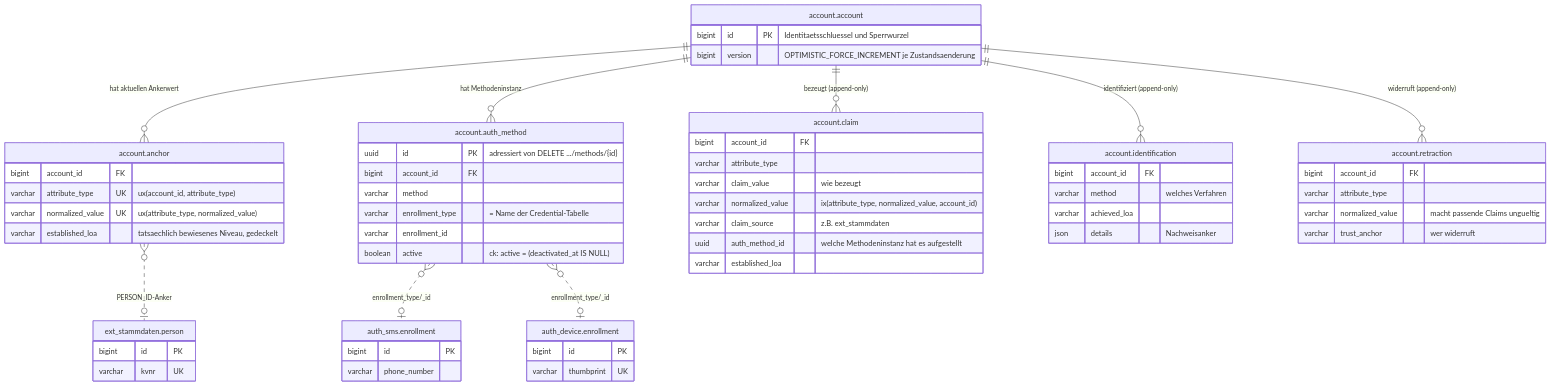
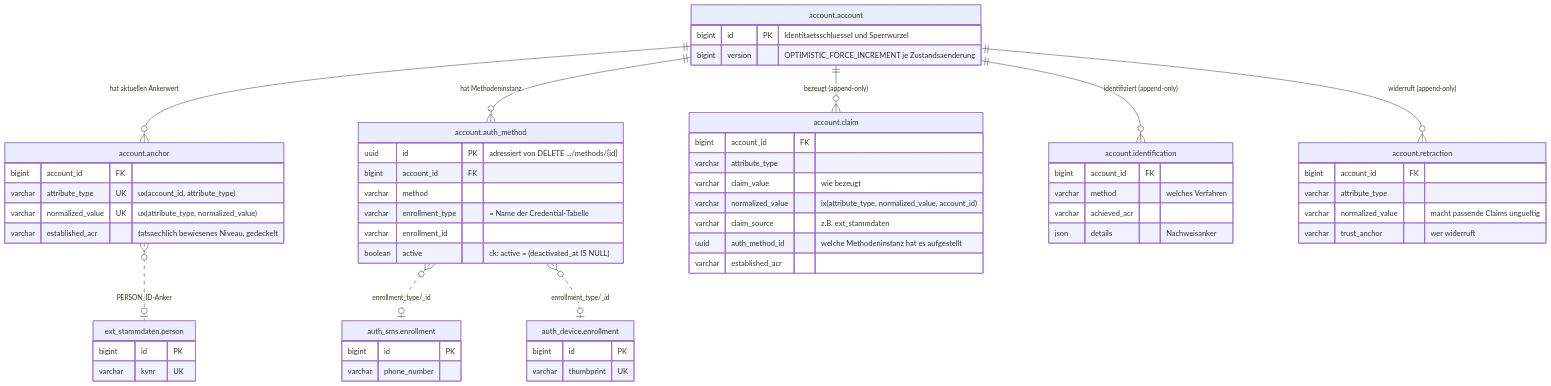
The fourth of 5 diagrams in docs/02-domaenenmodell.md (rpreissel/DPoP-demo), drawn with Mermaid before and after one commit. The commit also changed other lines of this file and 19 other files, not shown here.

````diff
--- a/docs/02-domaenenmodell.md
+++ b/docs/02-domaenenmodell.md
@@ -168,63 +168,63 @@
 ```mermaid
 erDiagram
   account.account ||--o{ account.anchor : "hat aktuellen Ankerwert"
   account.account ||--o{ account.auth_method : "hat Methodeninstanz"
   account.account ||--o{ account.claim : "bezeugt (append-only)"
   account.account ||--o{ account.identification : "identifiziert (append-only)"
   account.account ||--o{ account.retraction : "widerruft (append-only)"
   account.auth_method }o..o| auth_sms.enrollment : "enrollment_type/_id"
   account.auth_method }o..o| auth_device.enrollment : "enrollment_type/_id"
   account.anchor }o..o| ext_stammdaten.person : "PERSON_ID-Anker"
 
   account.account {
     bigint id PK "Identitaetsschluessel und Sperrwurzel"
     bigint version "OPTIMISTIC_FORCE_INCREMENT je Zustandsaenderung"
   }
   account.anchor {
     bigint account_id FK
     varchar attribute_type UK "ux(account_id, attribute_type)"
     varchar normalized_value UK "ux(attribute_type, normalized_value)"
-    varchar established_loa "tatsaechlich bewiesenes Niveau, gedeckelt"
+    varchar established_acr "tatsaechlich bewiesenes Niveau, gedeckelt"
   }
   account.auth_method {
     uuid id PK "adressiert von DELETE .../methods/{id}"
     bigint account_id FK
     varchar method
     varchar enrollment_type "= Name der Credential-Tabelle"
     varchar enrollment_id
     boolean active "ck: active = (deactivated_at IS NULL)"
   }
   account.claim {
     bigint account_id FK
     varchar attribute_type
     varchar claim_value "wie bezeugt"
     varchar normalized_value "ix(attribute_type, normalized_value, account_id)"
     varchar claim_source "z.B. ext_stammdaten"
     uuid auth_method_id "welche Methodeninstanz hat es aufgestellt"
-    varchar established_loa
+    varchar established_acr
   }
   account.retraction {
     bigint account_id FK
     varchar attribute_type
     varchar normalized_value "macht passende Claims ungueltig"
     varchar trust_anchor "wer widerruft"
   }
   account.identification {
     bigint account_id FK
     varchar method "welches Verfahren"
-    varchar achieved_loa
+    varchar achieved_acr
     json details "Nachweisanker"
   }
   auth_sms.enrollment {
     bigint id PK
     varchar phone_number
   }
   auth_device.enrollment {
     bigint id PK
     varchar thumbprint UK
   }
   ext_stammdaten.person {
     bigint id PK
     varchar kvnr UK
   }
 ```
````
